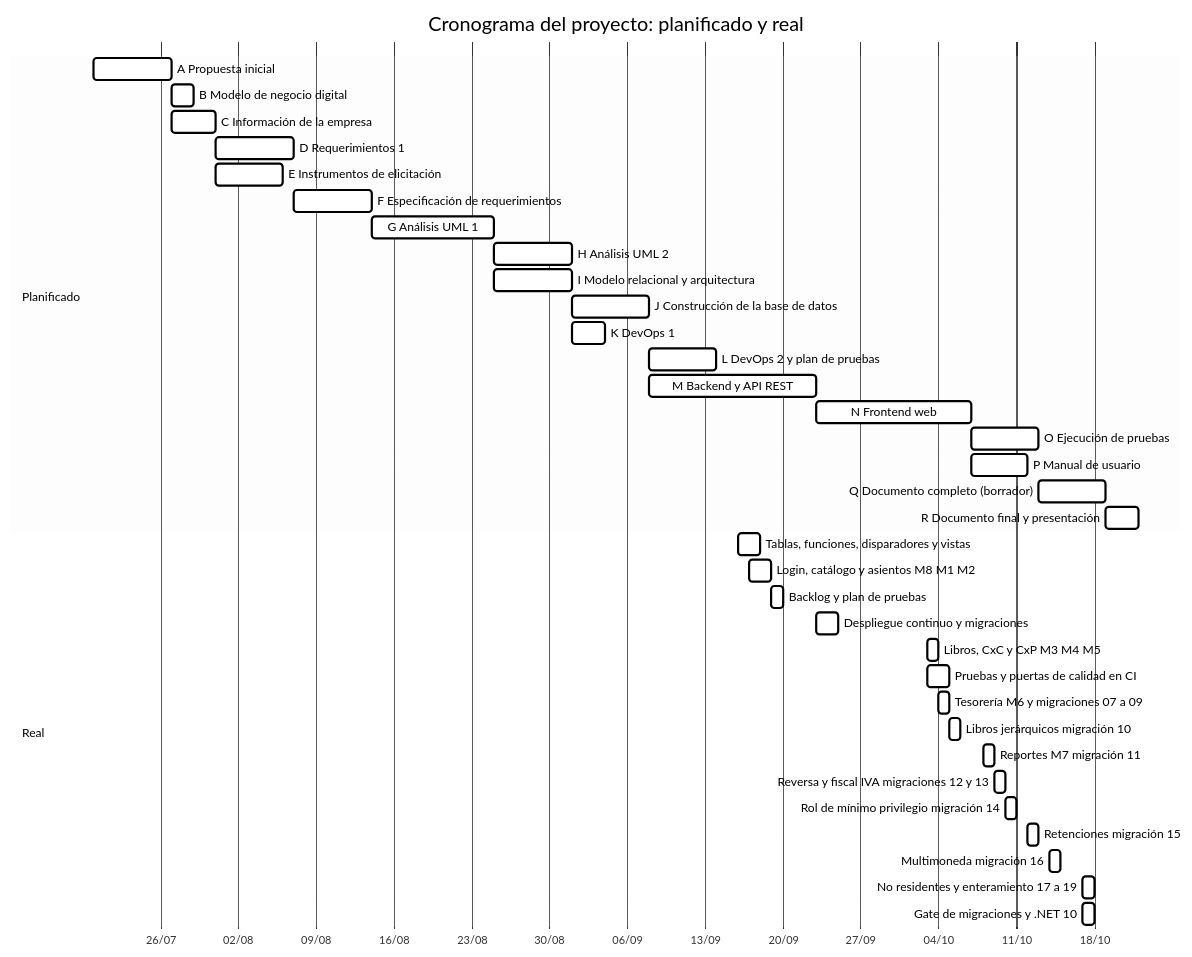
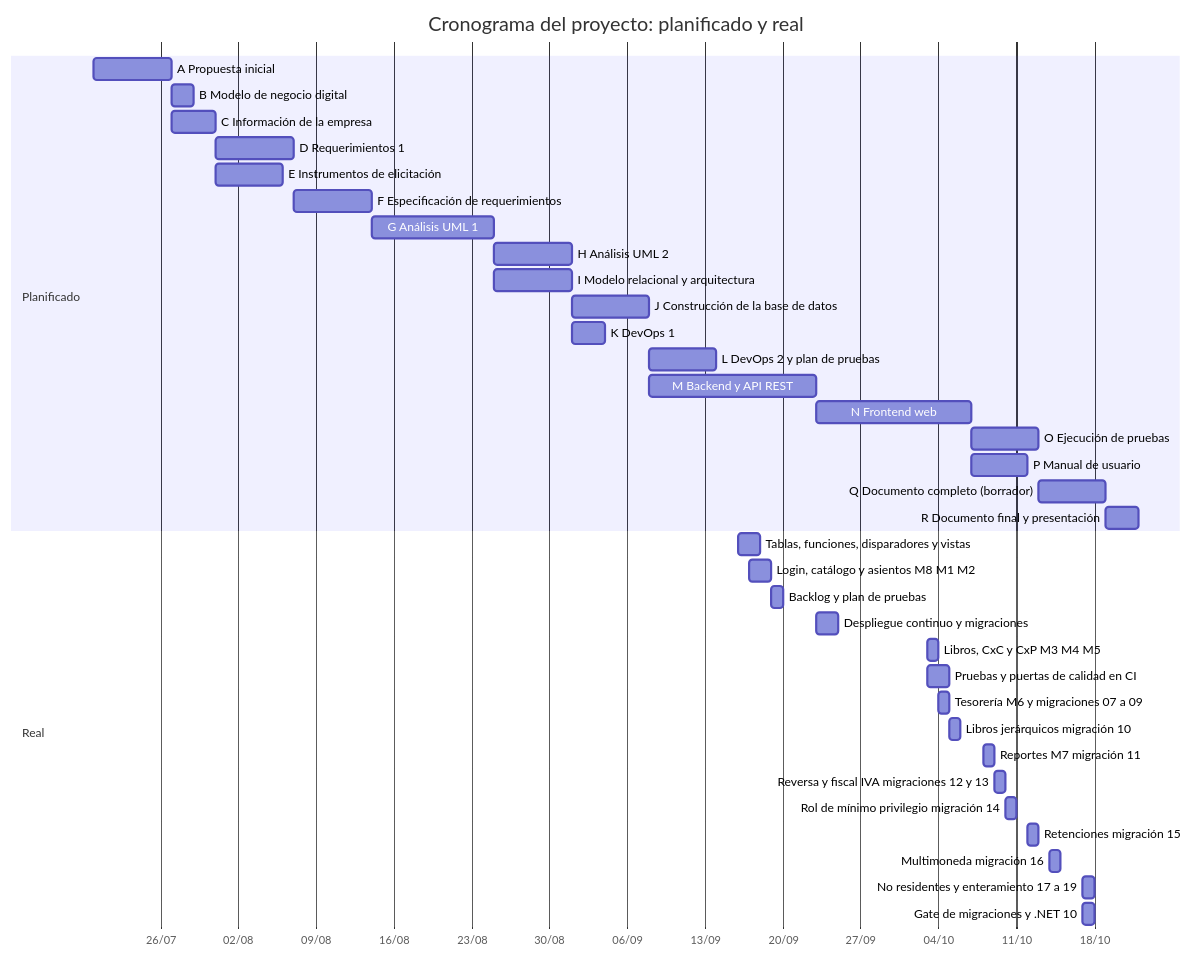
Before and after one commit to DavidsitoPay/erp-contable-delta: the eighth of 40 diagrams in docs/entregable-12-borrador-integrado.md, drawn with Mermaid. The commit also changed other lines of this file, not shown here.

````diff
--- a/docs/entregable-12-borrador-integrado.md
+++ b/docs/entregable-12-borrador-integrado.md
@@ -1084,42 +1328,41 @@
 ```mermaid
-%%{init: {"theme": "base", "themeVariables": {"primaryColor": "#ffffff", "primaryTextColor": "#000000", "primaryBorderColor": "#000000", "lineColor": "#000000", "secondaryColor": "#f2f2f2", "tertiaryColor": "#ffffff", "background": "#ffffff", "fontFamily": "Arial, sans-serif", "critBorderColor": "#000000", "critBkgColor": "#bfbfbf", "doneTaskBkgColor": "#d9d9d9", "doneTaskBorderColor": "#000000", "activeTaskBkgColor": "#ffffff", "activeTaskBorderColor": "#000000", "taskBkgColor": "#ffffff", "taskBorderColor": "#000000", "sectionBkgColor": "#f2f2f2", "altSectionBkgColor": "#ffffff", "gridColor": "#bfbfbf"}}}%%
 gantt
     title Cronograma del proyecto: planificado y real
     dateFormat YYYY-MM-DD
     axisFormat %d/%m
     section Planificado
     A Propuesta inicial                      :2026-07-20, 2026-07-27
     B Modelo de negocio digital              :2026-07-27, 2026-07-29
     C Información de la empresa              :2026-07-27, 2026-07-31
     D Requerimientos 1                       :2026-07-31, 2026-08-07
     E Instrumentos de elicitación            :2026-07-31, 2026-08-06
     F Especificación de requerimientos       :2026-08-07, 2026-08-14
     G Análisis UML 1                         :2026-08-14, 2026-08-25
     H Análisis UML 2                         :2026-08-25, 2026-09-01
     I Modelo relacional y arquitectura       :2026-08-25, 2026-09-01
     J Construcción de la base de datos       :2026-09-01, 2026-09-08
     K DevOps 1                               :2026-09-01, 2026-09-04
     L DevOps 2 y plan de pruebas             :2026-09-08, 2026-09-14
     M Backend y API REST                     :2026-09-08, 2026-09-23
     N Frontend web                           :2026-09-23, 2026-10-07
     O Ejecución de pruebas                   :2026-10-07, 2026-10-13
     P Manual de usuario                      :2026-10-07, 2026-10-12
     Q Documento completo (borrador)          :2026-10-13, 2026-10-19
     R Documento final y presentación         :2026-10-19, 2026-10-22
     section Real
     Tablas, funciones, disparadores y vistas :2026-09-16, 2d
     Login, catálogo y asientos M8 M1 M2      :2026-09-17, 2d
     Backlog y plan de pruebas                :2026-09-19, 1d
     Despliegue continuo y migraciones        :2026-09-23, 2d
     Libros, CxC y CxP M3 M4 M5               :2026-10-03, 1d
     Pruebas y puertas de calidad en CI       :2026-10-03, 2d
     Tesorería M6 y migraciones 07 a 09       :2026-10-04, 1d
     Libros jerárquicos migración 10          :2026-10-05, 1d
     Reportes M7 migración 11                 :2026-10-08, 1d
     Reversa y fiscal IVA migraciones 12 y 13 :2026-10-09, 1d
     Rol de mínimo privilegio migración 14    :2026-10-10, 1d
     Retenciones migración 15                 :2026-10-12, 1d
     Multimoneda migración 16                 :2026-10-14, 1d
     No residentes y enteramiento 17 a 19     :2026-10-17, 1d
     Gate de migraciones y .NET 10            :2026-10-17, 1d
 ```
````
